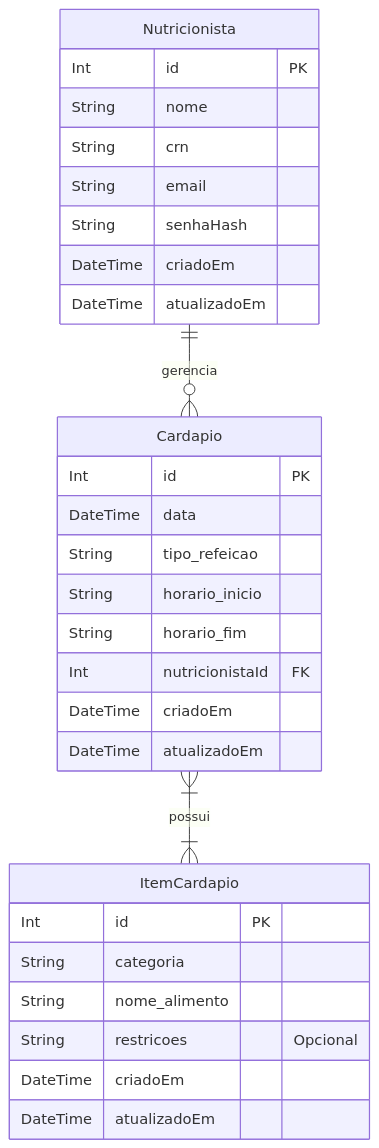
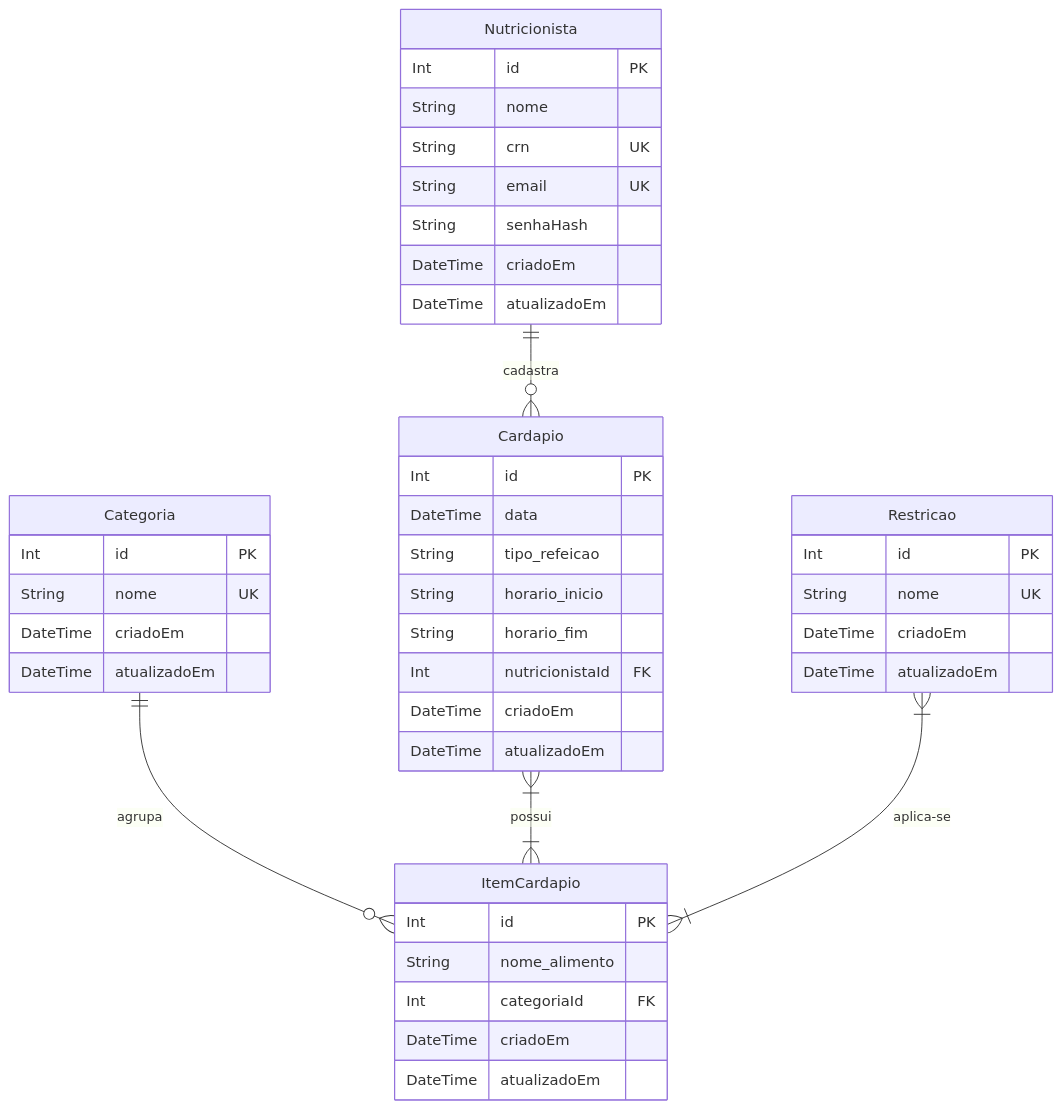
One commit to amilton-apsj/tf-web-tema changed the diagram in README.md. Above: the diagram before and after it, drawn with Mermaid. The commit also changed other lines of this file and 8 other files, not shown here.

````diff
--- a/README.md
+++ b/README.md
@@ -78,35 +48,50 @@
 ```mermaid
 erDiagram
-    Nutricionista ||--o{ Cardapio : "gerencia"
+    Nutricionista ||--o{ Cardapio : "cadastra"
+    Categoria ||--o{ ItemCardapio : "agrupa"
     Cardapio }|--|{ ItemCardapio : "possui"
+    Restricao }|--|{ ItemCardapio : "aplica-se"
 
     Nutricionista {
         Int id PK
         String nome
-        String crn
-        String email
+        String crn UK
+        String email UK
         String senhaHash
         DateTime criadoEm
         DateTime atualizadoEm
     }
 
     Cardapio {
         Int id PK
         DateTime data
         String tipo_refeicao
         String horario_inicio
         String horario_fim
         Int nutricionistaId FK
         DateTime criadoEm
         DateTime atualizadoEm
     }
 
+    Categoria {
+        Int id PK
+        String nome UK
+        DateTime criadoEm
+        DateTime atualizadoEm
+    }
+
+    Restricao {
+        Int id PK
+        String nome UK
+        DateTime criadoEm
+        DateTime atualizadoEm
+    }
+
     ItemCardapio {
         Int id PK
-        String categoria
         String nome_alimento
-        String restricoes "Opcional"
+        Int categoriaId FK
         DateTime criadoEm
         DateTime atualizadoEm
     }
 ```
````
